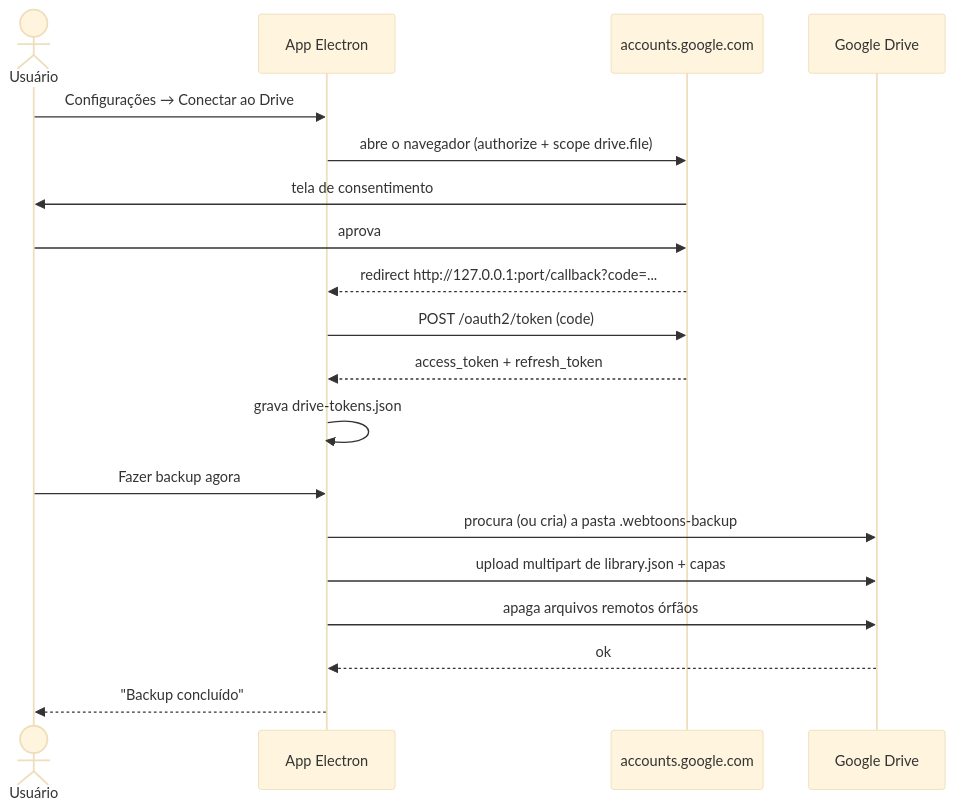
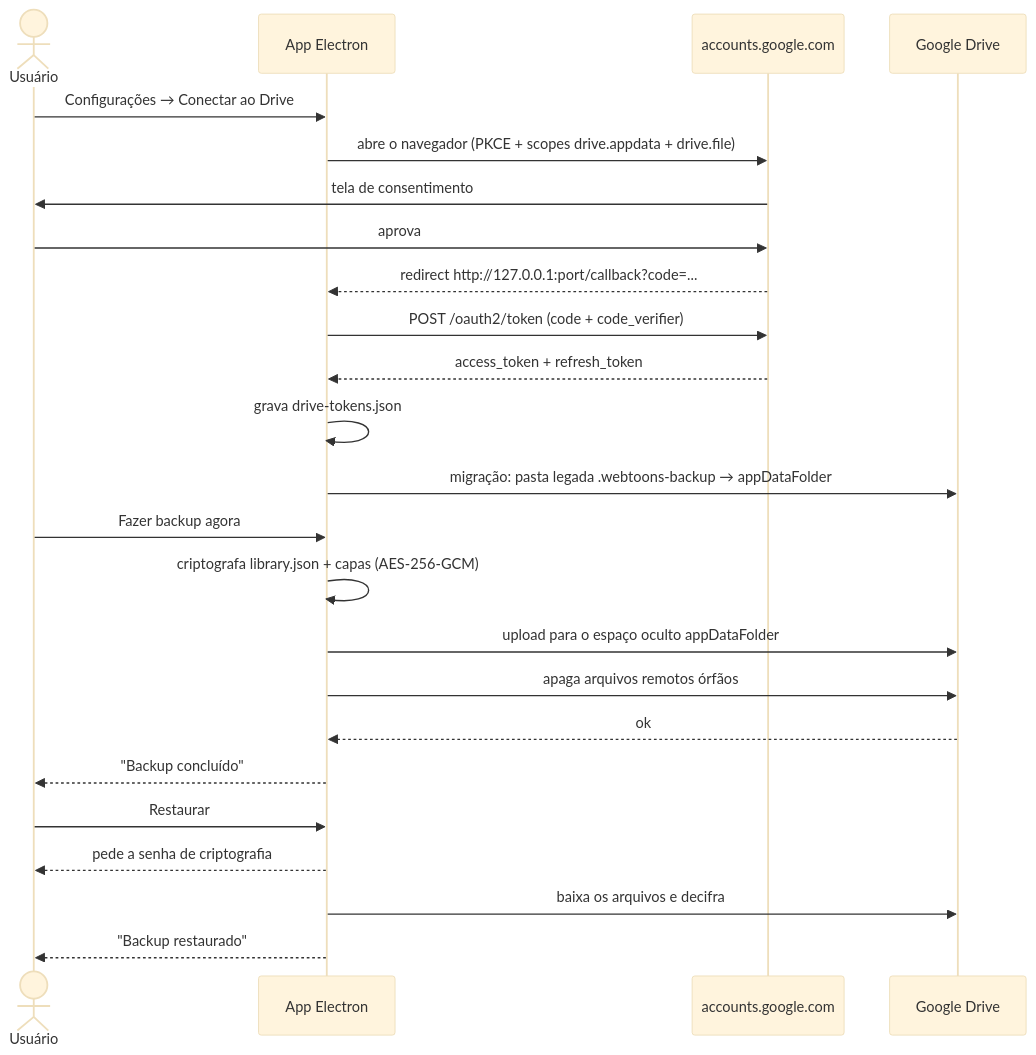
The fifth of 5 diagrams in README.md (chronos-atalante/chronos-biblioteca), drawn with Mermaid (base theme) before and after one commit. The commit also changed other lines of this file and 29 other files, not shown here.

````diff
--- a/README.md
+++ b/README.md
@@ -289,23 +302,29 @@
 ```mermaid
 sequenceDiagram
     actor U as Usuário
     participant App as App Electron
     participant G as accounts.google.com
     participant D as Google Drive
 
     U->>App: Configurações → Conectar ao Drive
-    App->>G: abre o navegador (authorize + scope drive.file)
+    App->>G: abre o navegador (PKCE + scopes drive.appdata + drive.file)
     G->>U: tela de consentimento
     U->>G: aprova
     G-->>App: redirect http://127.0.0.1:port/callback?code=...
-    App->>G: POST /oauth2/token (code)
+    App->>G: POST /oauth2/token (code + code_verifier)
     G-->>App: access_token + refresh_token
     App->>App: grava drive-tokens.json
+    App->>D: migração: pasta legada .webtoons-backup → appDataFolder
 
     U->>App: Fazer backup agora
-    App->>D: procura (ou cria) a pasta .webtoons-backup
-    App->>D: upload multipart de library.json + capas
+    App->>App: criptografa library.json + capas (AES-256-GCM)
+    App->>D: upload para o espaço oculto appDataFolder
     App->>D: apaga arquivos remotos órfãos
     D-->>App: ok
     App-->>U: "Backup concluído"
+
+    U->>App: Restaurar
+    App-->>U: pede a senha de criptografia
+    App->>D: baixa os arquivos e decifra
+    App-->>U: "Backup restaurado"
 ```
````
